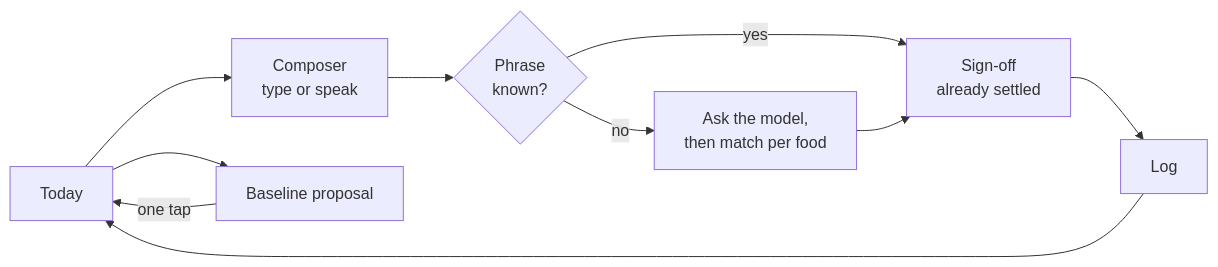
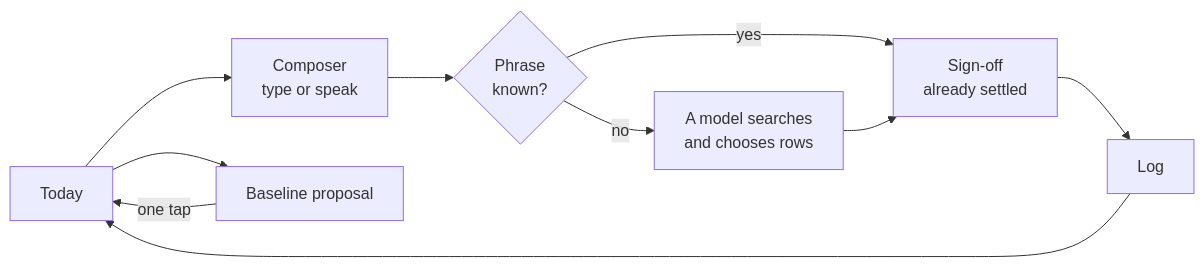
The second of 2 diagrams in PLAN.md (j23n/omnomnom), drawn with Mermaid before and after one commit. The commit also changed other lines of this file and 34 other files, not shown here.

````diff
--- a/PLAN.md
+++ b/PLAN.md
@@ -745,12 +736,12 @@
 ```mermaid
 flowchart LR
   A[Today] --> B[Composer<br/>type or speak]
   B --> C{Phrase<br/>known?}
   C -->|yes| D[Sign-off<br/>already settled]
-  C -->|no| E[Ask the model,<br/>then match per food]
+  C -->|no| E[A model searches<br/>and chooses rows]
   E --> D
   D --> F[Log]
   F --> A
   A --> G[Baseline proposal]
   G -->|one tap| A
 ```
````
